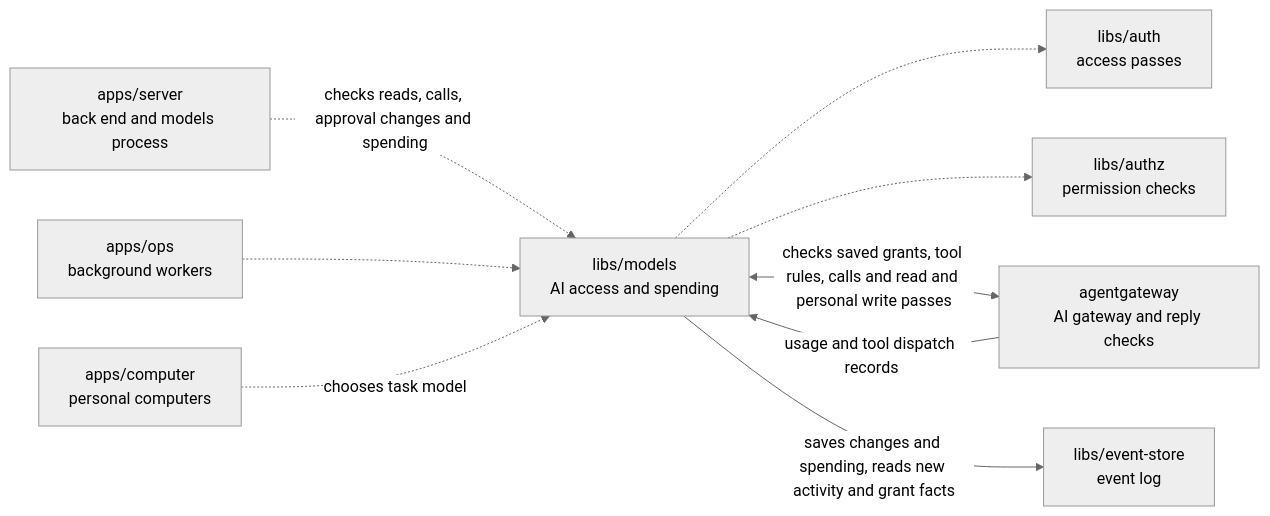
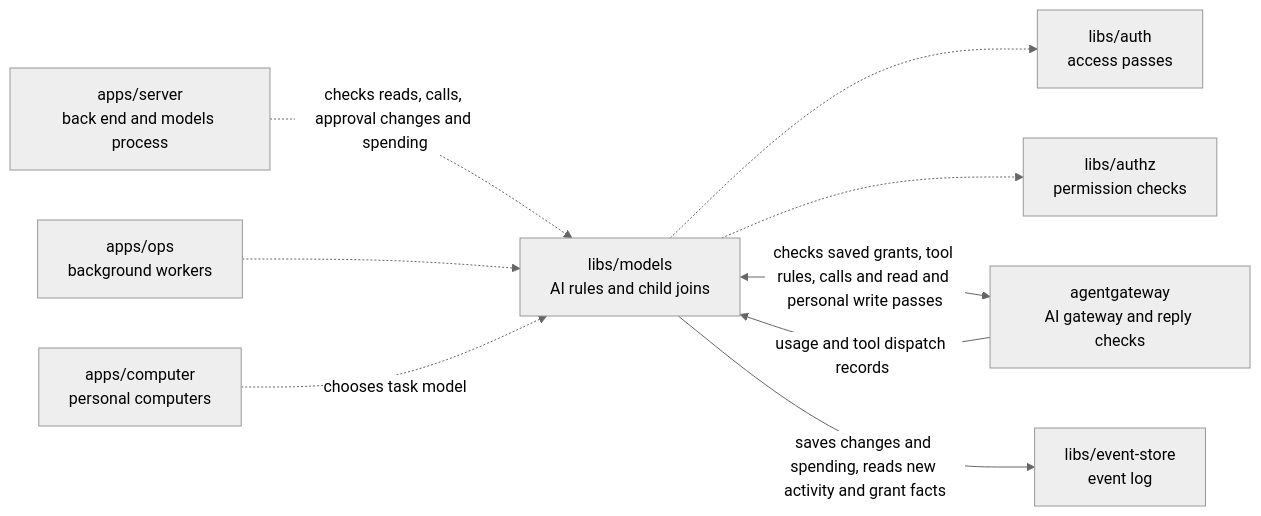
One commit to elewa-git/opencrane-new changed the diagram in libs/models/README.md. Above: the diagram before and after it, drawn with Mermaid (neutral theme). The commit also changed other lines of this file and 24 other files, not shown here.

````diff
--- a/libs/models/README.md
+++ b/libs/models/README.md
@@ -11,11 +11,11 @@
 ```mermaid
 flowchart LR
-  server["apps/server<br/>back end and models process"] -.->|checks reads, calls, approval changes and spending| models["libs/models<br/>AI access and spending"]
+  server["apps/server<br/>back end and models process"] -.->|checks reads, calls, approval changes and spending| models["libs/models<br/>AI rules and child joins"]
   ops["apps/ops<br/>background workers"] -.-> models
   computer["apps/computer<br/>personal computers"] -.->|chooses task model| models
   models -.-> auth["libs/auth<br/>access passes"]
   models -.-> authz["libs/authz<br/>permission checks"]
   models <-->|checks saved grants, tool rules, calls and read and personal write passes| gateway["agentgateway<br/>AI gateway and reply checks"]
   gateway -->|usage and tool dispatch records| models
   models -->|saves changes and spending, reads new activity and grant facts| store["libs/event-store<br/>event log"]
 ```
````
